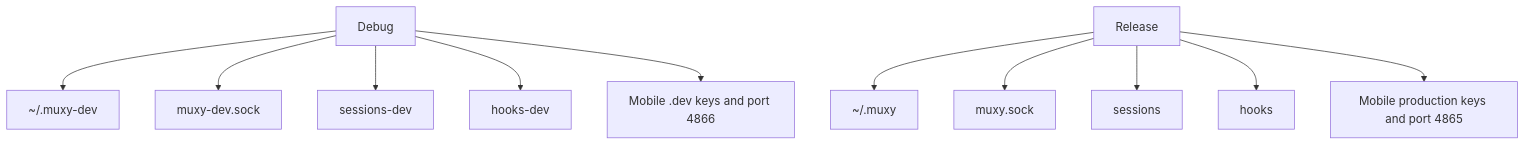
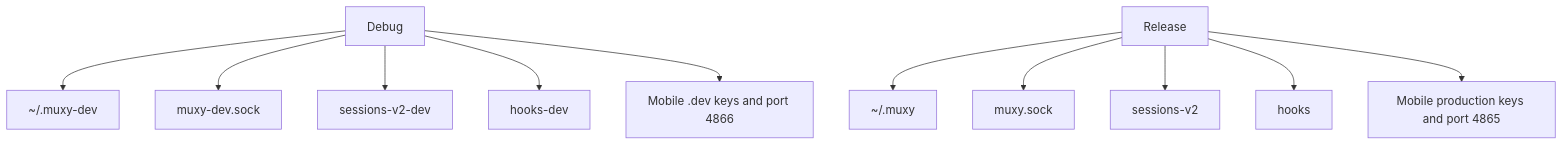
The second of 3 diagrams in docs/development/dev-prod-isolation.md (muxy-app/muxy), drawn with Mermaid before and after one commit. The commit also changed 30 other files, not shown here.

````diff
--- a/docs/development/dev-prod-isolation.md
+++ b/docs/development/dev-prod-isolation.md
@@ -58,14 +58,14 @@
 ```mermaid
 flowchart TB
     D[Debug] --> DR[~/.muxy-dev]
     D --> DS[muxy-dev.sock]
-    D --> DP[sessions-dev]
+    D --> DP[sessions-v2-dev]
     D --> DH[hooks-dev]
     D --> DM[Mobile .dev keys and port 4866]
 
     R[Release] --> RR[~/.muxy]
     R --> RS[muxy.sock]
-    R --> RP[sessions]
+    R --> RP[sessions-v2]
     R --> RH[hooks]
     R --> RM[Mobile production keys and port 4865]
 ```
````
